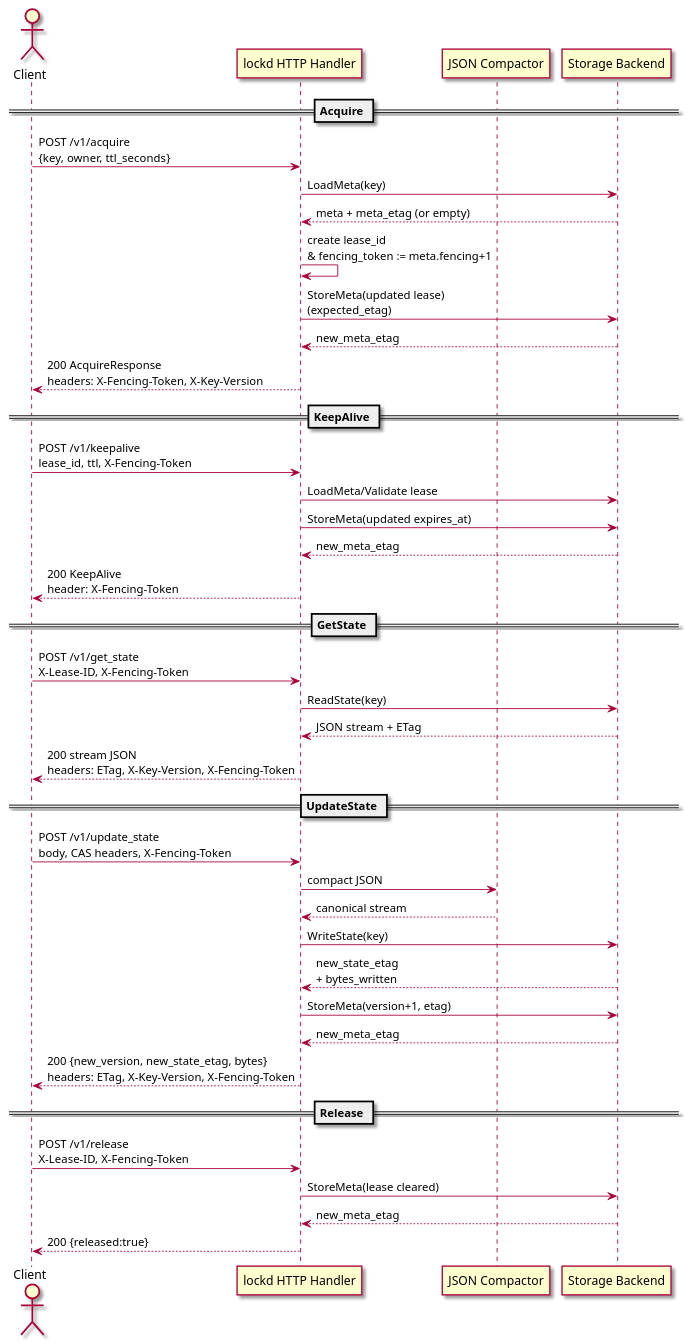
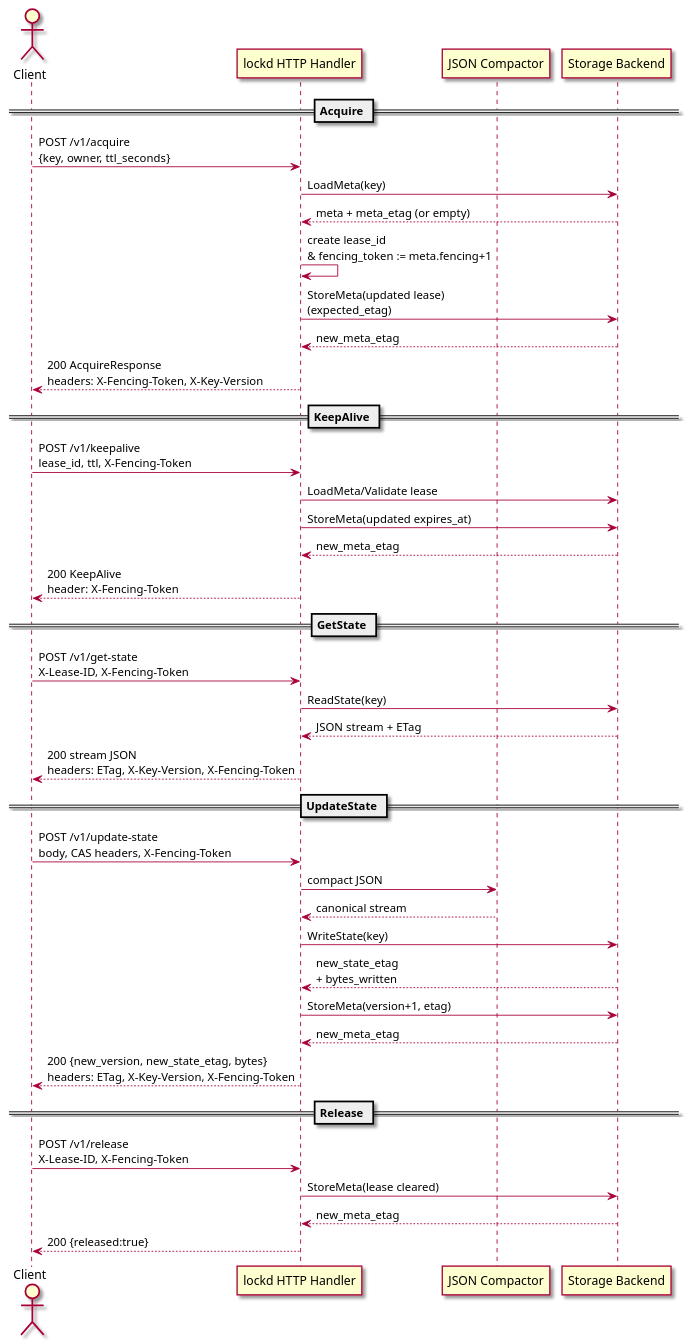
One commit to sa6mwa/lockd changed the diagram in docs/diagrams/lockd-overview.puml. Above: the diagram before and after it, drawn with PlantUML. The commit also changed 17 other files, not shown here.

```diff
--- a/docs/diagrams/lockd-overview.puml
+++ b/docs/diagrams/lockd-overview.puml
@@ -1,49 +1,49 @@
 @startuml
 ' Lockd lease lifecycle overview with storage simplified
 
 skin rose
 
 actor Client
 participant "lockd HTTP Handler" as Handler
 participant "JSON Compactor" as Compactor
 participant "Storage Backend" as Storage
 
 == Acquire ==
 Client -> Handler: POST /v1/acquire\n{key, owner, ttl_seconds}
 Handler -> Storage: LoadMeta(key)
 Storage --> Handler: meta + meta_etag (or empty)
 Handler -> Handler: create lease_id\n& fencing_token := meta.fencing+1
 Handler -> Storage: StoreMeta(updated lease)\n(expected_etag)
 Storage --> Handler: new_meta_etag
 Handler --> Client: 200 AcquireResponse\nheaders: X-Fencing-Token, X-Key-Version
 
 == KeepAlive ==
 Client -> Handler: POST /v1/keepalive\nlease_id, ttl, X-Fencing-Token
 Handler -> Storage: LoadMeta/Validate lease
 Handler -> Storage: StoreMeta(updated expires_at)
 Storage --> Handler: new_meta_etag
 Handler --> Client: 200 KeepAlive\nheader: X-Fencing-Token
 
 == GetState ==
-Client -> Handler: POST /v1/get_state\nX-Lease-ID, X-Fencing-Token
+Client -> Handler: POST /v1/get-state\nX-Lease-ID, X-Fencing-Token
 Handler -> Storage: ReadState(key)
 Storage --> Handler: JSON stream + ETag
 Handler --> Client: 200 stream JSON\nheaders: ETag, X-Key-Version, X-Fencing-Token
 
 == UpdateState ==
-Client -> Handler: POST /v1/update_state\nbody, CAS headers, X-Fencing-Token
+Client -> Handler: POST /v1/update-state\nbody, CAS headers, X-Fencing-Token
 Handler -> Compactor: compact JSON
 Compactor --> Handler: canonical stream
 Handler -> Storage: WriteState(key)
 Storage --> Handler: new_state_etag\n+ bytes_written
 Handler -> Storage: StoreMeta(version+1, etag)
 Storage --> Handler: new_meta_etag
 Handler --> Client: 200 {new_version, new_state_etag, bytes}\nheaders: ETag, X-Key-Version, X-Fencing-Token
 
 == Release ==
 Client -> Handler: POST /v1/release\nX-Lease-ID, X-Fencing-Token
 Handler -> Storage: StoreMeta(lease cleared)
 Storage --> Handler: new_meta_etag
 Handler --> Client: 200 {released:true}
 
 @enduml
```
